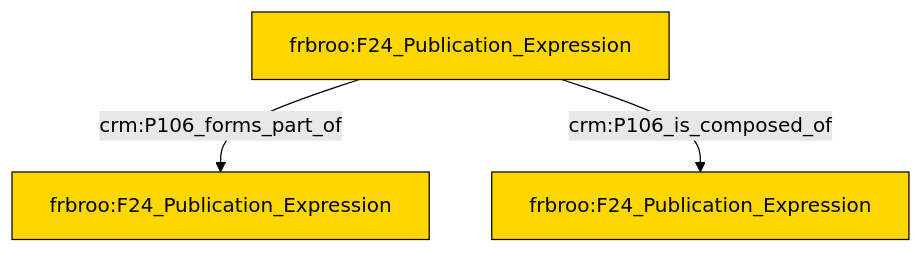
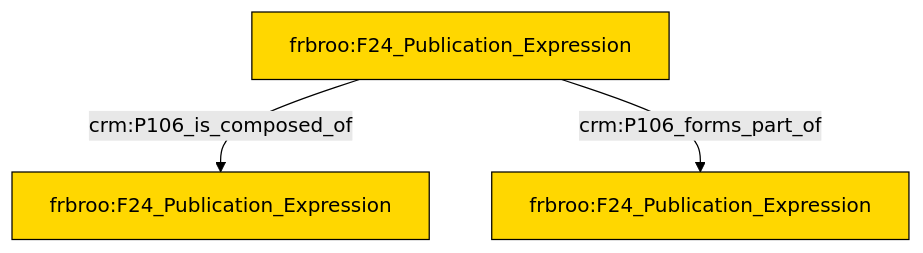
Before and after one commit to swiss-art-research-net/docs.swissartresearch: the diagram in et/biblioCSV/ttl/mmd/biblio_parthood.ttl.mmd, drawn with Mermaid (forest theme). The commit also changed 129 other files, not shown here.

```diff
--- a/et/biblioCSV/ttl/mmd/biblio_parthood.ttl.mmd
+++ b/et/biblioCSV/ttl/mmd/biblio_parthood.ttl.mmd
@@ -1,17 +1,17 @@
 graph TD
 classDef Literal fill:#f2f2f2,stroke:#000000;
 classDef CRM_Entity fill:#FFFFFF,stroke:#000000;
 classDef Temporal_Entity fill:#00C9E6, stroke:#000000;
 classDef Type fill:#E18312, stroke:#000000;
 classDef Time-Span fill:#2C9C91, stroke:#000000;
 classDef Appellation fill:#FFEB7F, stroke:#000000;
 classDef Place fill:#008836, stroke:#000000;
 classDef Persistent_Item fill:#B266B2, stroke:#000000;
 classDef Conceptual_Object fill:#FFD700, stroke:#000000;
 classDef Physical_Thing fill:#D2B48C, stroke:#000000;
 classDef Actor fill:#f58aad, stroke:#000000;
 classDef PC_Classes fill:#4ce600, stroke:#000000;
 classDef Multi fill:#cccccc,stroke:#000000;
 
-2["frbroo:F24_Publication_Expression"]:::Conceptual_Object -->|crm:P106_forms_part_of| 0["frbroo:F24_Publication_Expression"]:::Conceptual_Object
-2["frbroo:F24_Publication_Expression"]:::Conceptual_Object -->|crm:P106_is_composed_of| 3["frbroo:F24_Publication_Expression"]:::Conceptual_Object
+0["frbroo:F24_Publication_Expression"]:::Conceptual_Object -->|crm:P106_is_composed_of| 1["frbroo:F24_Publication_Expression"]:::Conceptual_Object
+0["frbroo:F24_Publication_Expression"]:::Conceptual_Object -->|crm:P106_forms_part_of| 3["frbroo:F24_Publication_Expression"]:::Conceptual_Object
```
